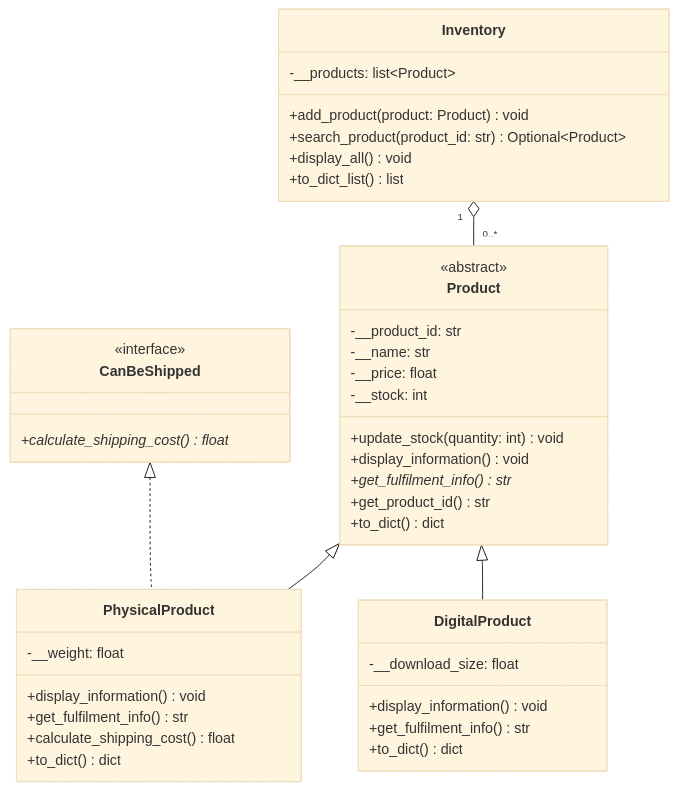
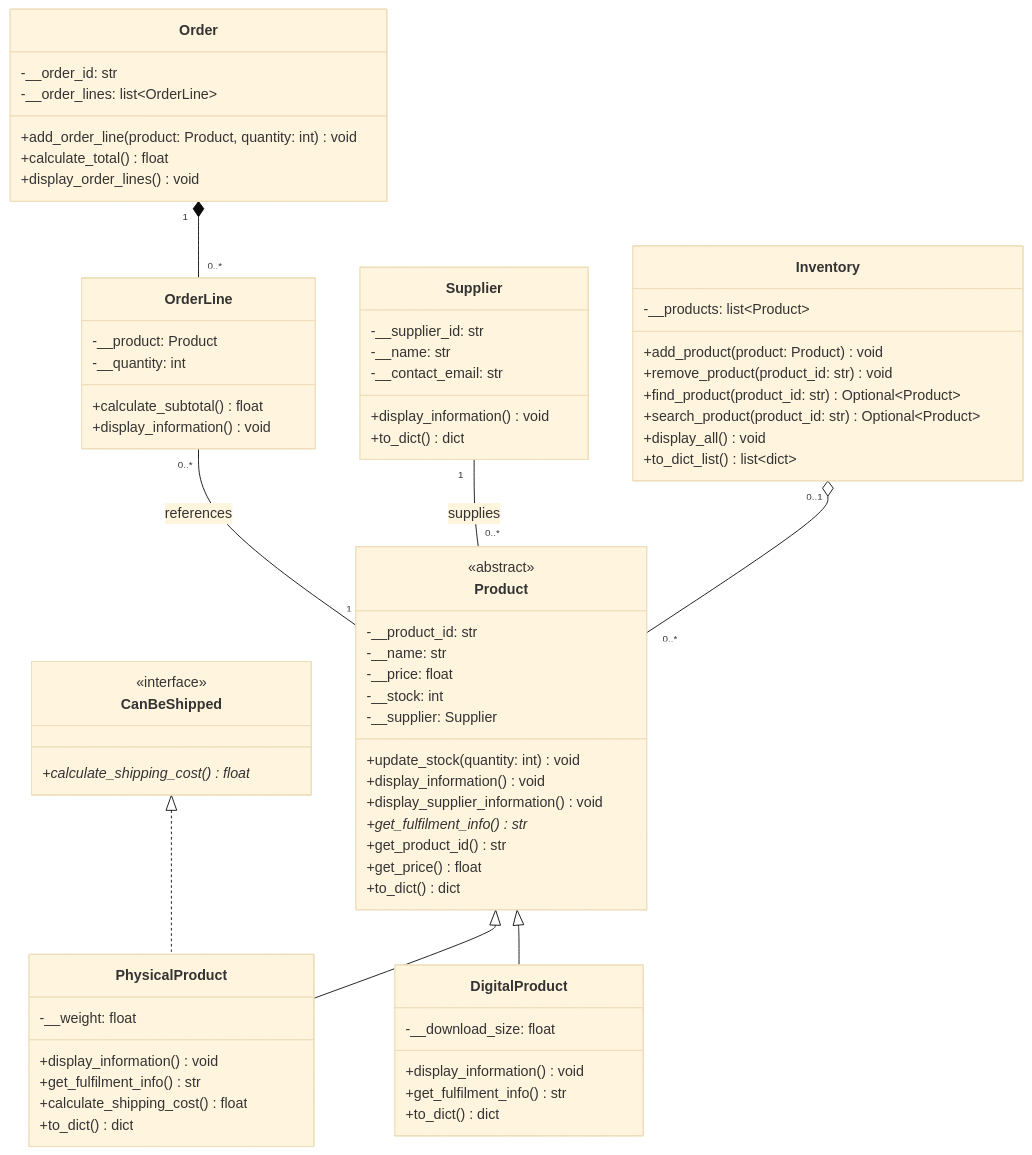
The diagram in Lab8-2604708/UML_class_diagram.md (damien-xy/INF1103-Lab), drawn with Mermaid (base theme) before and after one commit. The commit also changed other lines of this file, not shown here.

Commit message:
[Lab 8] Updated UML class diagram with object relationships

````diff
--- a/Lab8-2604708/UML_class_diagram.md
+++ b/Lab8-2604708/UML_class_diagram.md
@@ -10,19 +10,32 @@
         -__name: str
         -__price: float
         -__stock: int
+        -__supplier: Supplier
         +update_stock(quantity: int) void
         +display_information() void
+        +display_supplier_information() void
         +get_fulfilment_info()* str
         +get_product_id() str
+        +get_price() float
+        +to_dict() dict
+    }
+
+    class Supplier {
+        -__supplier_id: str
+        -__name: str
+        -__contact_email: str
+        +display_information() void
         +to_dict() dict
     }
 
     class Inventory {
         -__products: list~Product~
         +add_product(product: Product) void
+        +remove_product(product_id: str) void
+        +find_product(product_id: str) Optional~Product~
         +search_product(product_id: str) Optional~Product~
         +display_all() void
-        +to_dict_list() list
+        +to_dict_list() list~dict~
     }
 
     class PhysicalProduct {
@@ -45,10 +58,28 @@
         +calculate_shipping_cost()* float
     }
 
+    class Order {
+        -__order_id: str
+        -__order_lines: list~OrderLine~
+        +add_order_line(product: Product, quantity: int) void
+        +calculate_total() float
+        +display_order_lines() void
+    }
+
+    class OrderLine {
+        -__product: Product
+        -__quantity: int
+        +calculate_subtotal() float
+        +display_information() void
+    }
+
     Product <|-- PhysicalProduct
     Product <|-- DigitalProduct
 
     CanBeShipped <|.. PhysicalProduct
 
-    Inventory "1" o-- "0..*" Product
+    Inventory "0..1" o-- "0..*" Product
+    Supplier "1" -- "0..*" Product : supplies
+    Order "1" *-- "0..*" OrderLine
+    OrderLine "0..*" -- "1" Product : references
 ```
````
